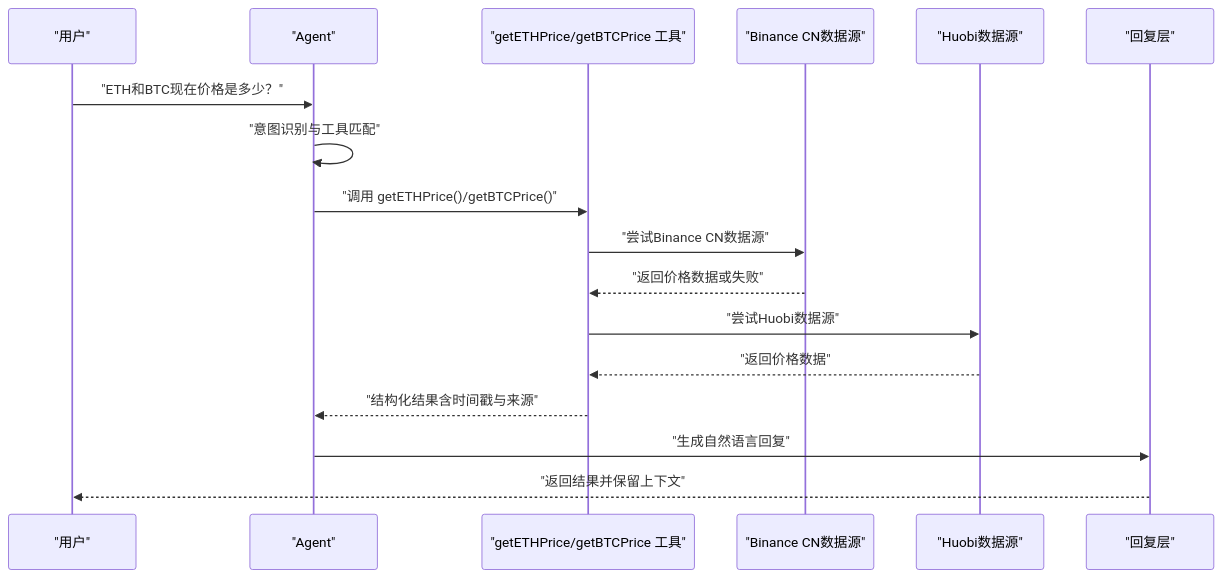
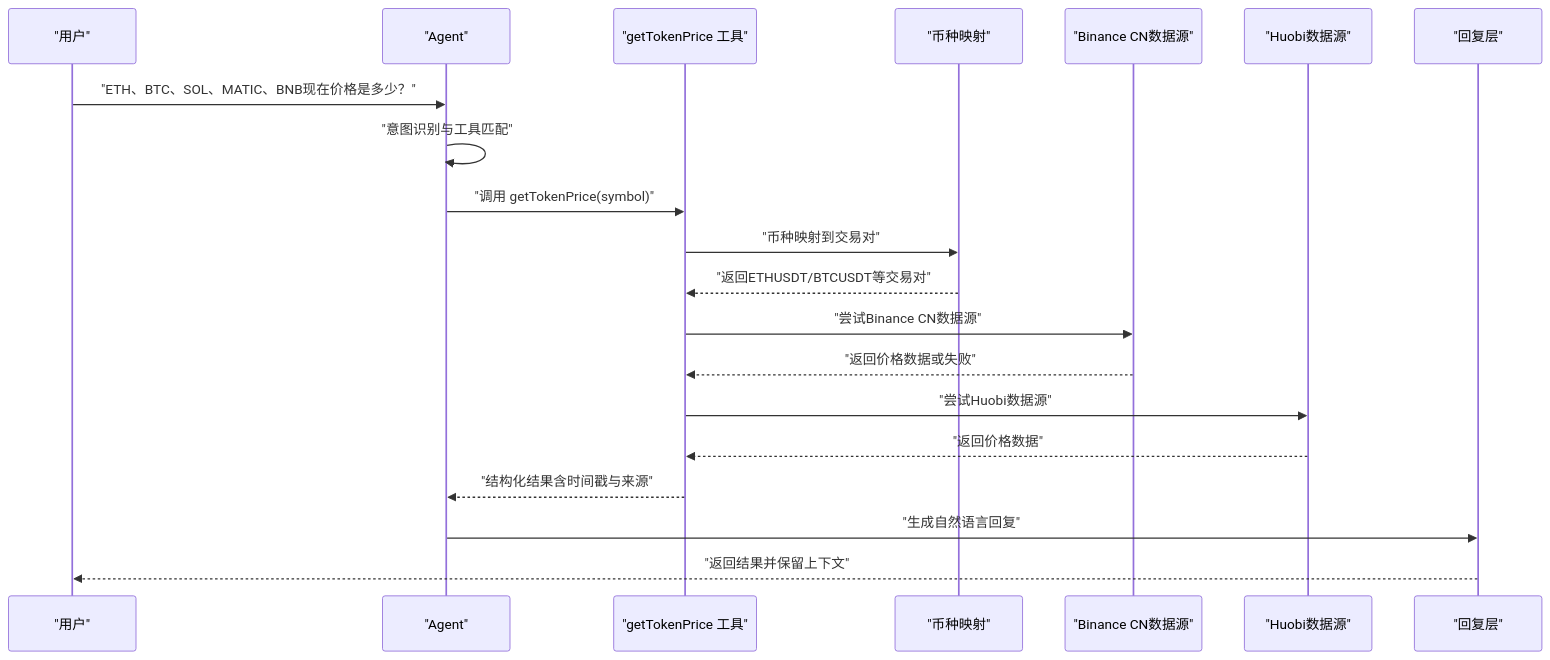
The second of 4 diagrams in .qoder/repowiki/zh/content/Web3工具集成/核心Web3工具实现/ETH价格查询工具.md (CryptoLinxu/Web3-AI-Agent), drawn with Mermaid before and after one commit. The commit also changed other lines of this file and 9 other files, not shown here.

````diff
--- a/.qoder/repowiki/zh/content/Web3工具集成/核心Web3工具实现/ETH价格查询工具.md
+++ b/.qoder/repowiki/zh/content/Web3工具集成/核心Web3工具实现/ETH价格查询工具.md
@@ -100,19 +101,22 @@
 ```mermaid
 sequenceDiagram
 participant U as "用户"
 participant A as "Agent"
-participant T as "getETHPrice/getBTCPrice 工具"
+participant T as "getTokenPrice 工具"
+participant M as "币种映射"
 participant B as "Binance CN数据源"
 participant H as "Huobi数据源"
 participant R as "回复层"
-U->>A : "ETH和BTC现在价格是多少？"
+U->>A : "ETH、BTC、SOL、MATIC、BNB现在价格是多少？"
 A->>A : "意图识别与工具匹配"
-A->>T : "调用 getETHPrice()/getBTCPrice()"
+A->>T : "调用 getTokenPrice(symbol)"
+T->>M : "币种映射到交易对"
+M-->>T : "返回ETHUSDT/BTCUSDT等交易对"
 T->>B : "尝试Binance CN数据源"
 B-->>T : "返回价格数据或失败"
 T->>H : "尝试Huobi数据源"
 H-->>T : "返回价格数据"
 T-->>A : "结构化结果含时间戳与来源"
 A->>R : "生成自然语言回复"
 R-->>U : "返回结果并保留上下文"
 ```
````
